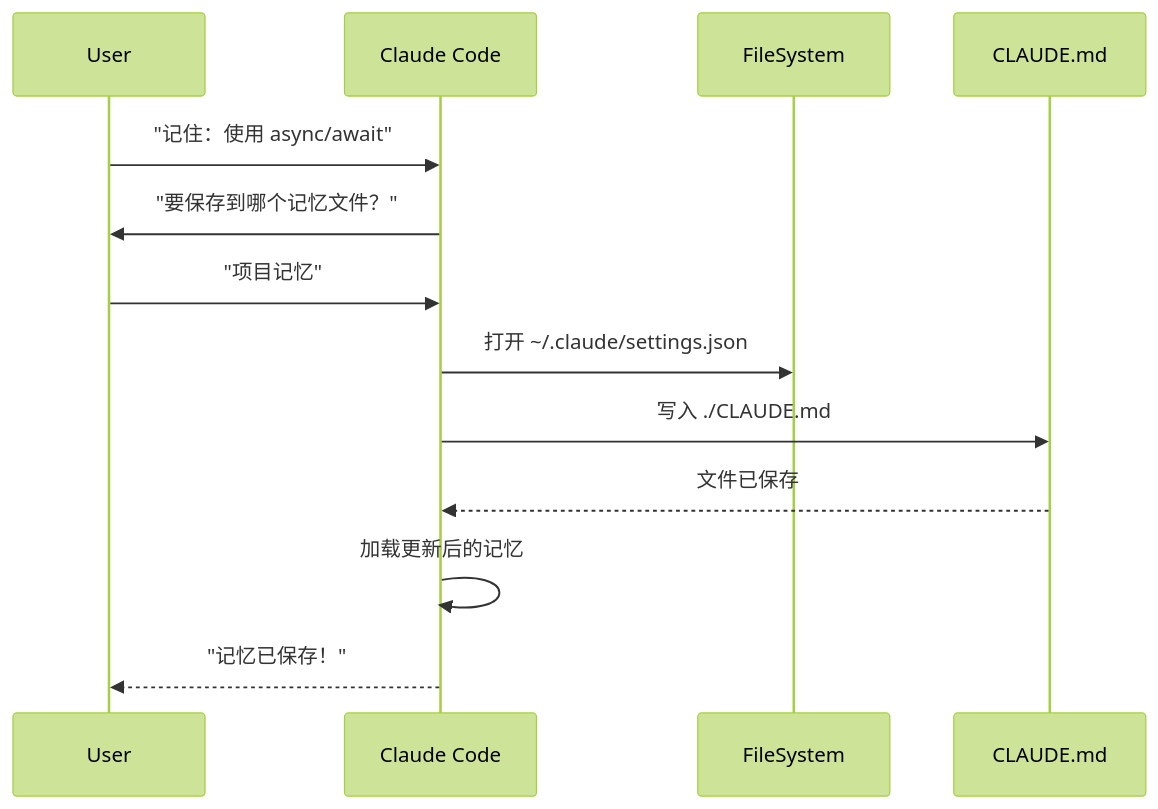
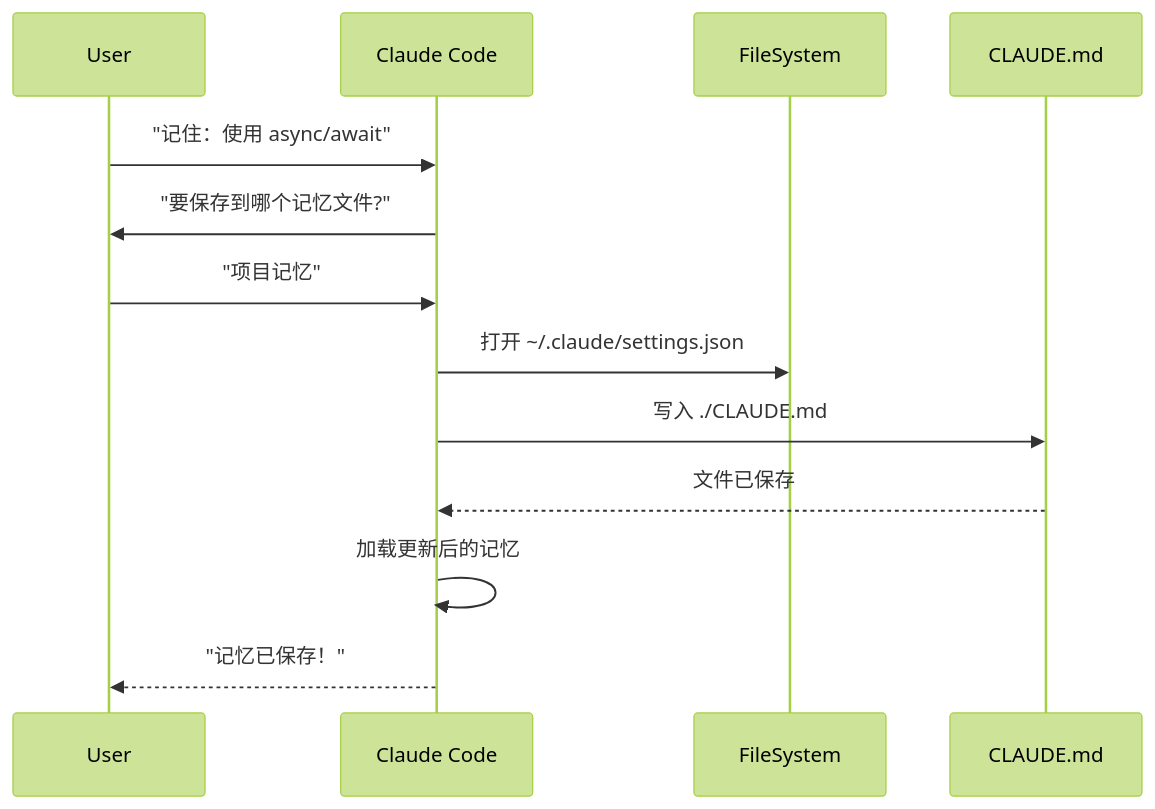
One commit to Rx782-Fss/claude-howto-zh changed the third of 4 diagrams in 02-memory/README.md. Above: the diagram before and after it, drawn with Mermaid (forest theme). The commit also changed other lines of this file and 5 other files, not shown here.

Commit message:
fix: Mermaid 内全角括号/问号/emoji/<br/> 改为半角ASCII避免 GitHub 渲染失败

````diff
--- a/02-memory/README.md
+++ b/02-memory/README.md
@@ -341,16 +341,16 @@
 ```mermaid
 sequenceDiagram
     participant User
     participant Claude as Claude Code
     participant Editor as FileSystem
     participant Memory as CLAUDE.md
 
     User->>Claude: "记住：使用 async/await"
-    Claude->>User: "要保存到哪个记忆文件？"
+    Claude->>User: "要保存到哪个记忆文件?"
     User->>Claude: "项目记忆"
     Claude->>Editor: 打开 ~/.claude/settings.json
     Claude->>Memory: 写入 ./CLAUDE.md
     Memory-->>Claude: 文件已保存
     Claude->>Claude: 加载更新后的记忆
     Claude-->>User: "记忆已保存！"
 ```
````
